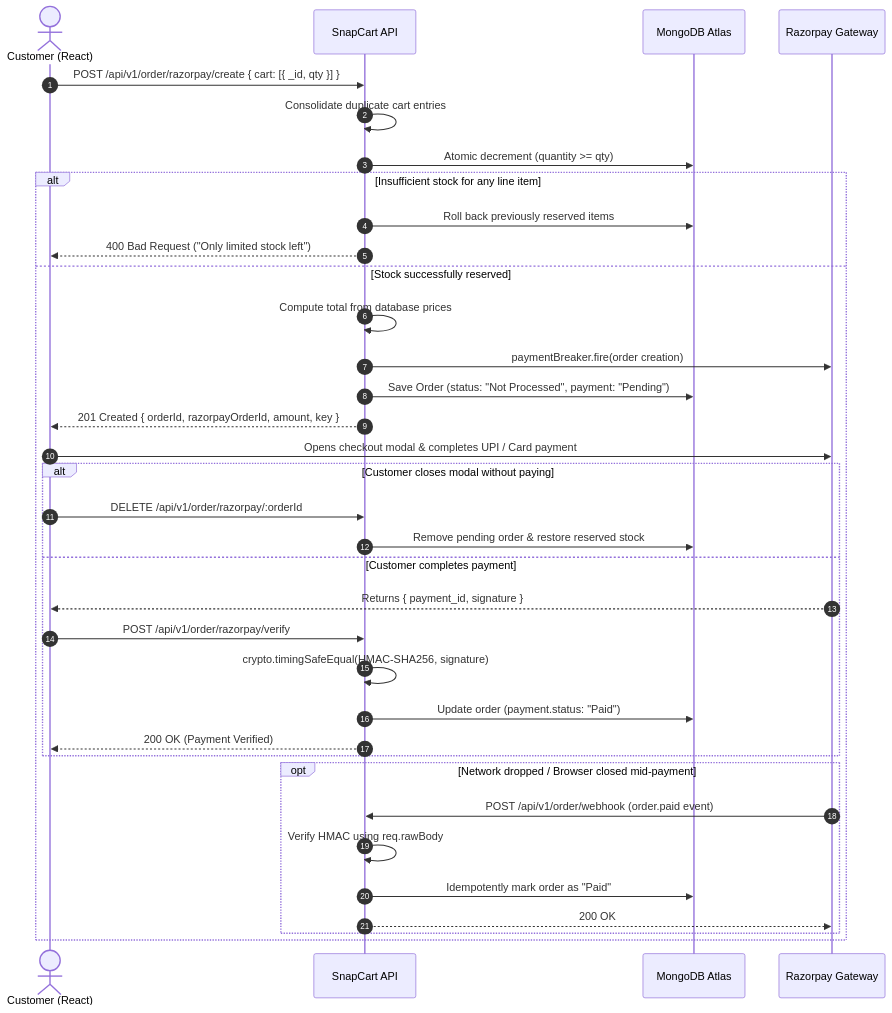
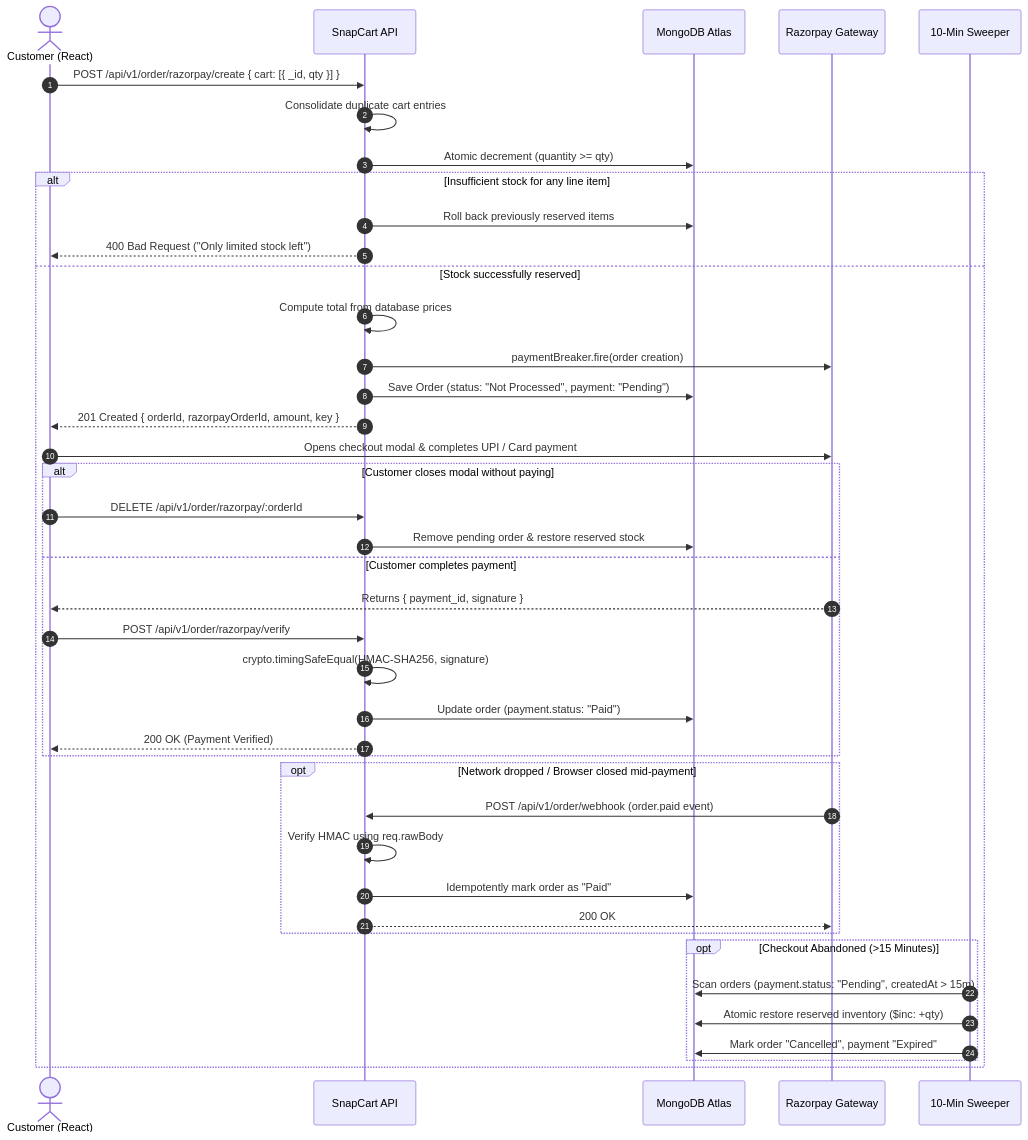
One commit to akshit-max/SnapCart-Ecommerce-APP changed the third of 3 diagrams in README.md. Above: the diagram before and after it, drawn with Mermaid. The commit also changed other lines of this file and 1 other file, not shown here.

Commit message:
docs: optimize README for SDE-1 recruiting with visual proof and truthful architecture

````diff
--- a/README.md
+++ b/README.md
@@ -251,40 +261,47 @@
 ```mermaid
 sequenceDiagram
     autonumber
     actor Customer as Customer (React)
     participant API as SnapCart API
     participant DB as MongoDB Atlas
     participant PGW as Razorpay Gateway
+    participant Sweeper as 10-Min Sweeper
 
     Customer->>API: POST /api/v1/order/razorpay/create { cart: [{ _id, qty }] }
     API->>API: Consolidate duplicate cart entries
     API->>DB: Atomic decrement (quantity >= qty)
     alt Insufficient stock for any line item
         API->>DB: Roll back previously reserved items
         API-->>Customer: 400 Bad Request ("Only limited stock left")
     else Stock successfully reserved
         API->>API: Compute total from database prices
         API->>PGW: paymentBreaker.fire(order creation)
         API->>DB: Save Order (status: "Not Processed", payment: "Pending")
         API-->>Customer: 201 Created { orderId, razorpayOrderId, amount, key }
         Customer->>PGW: Opens checkout modal & completes UPI / Card payment
         
         alt Customer closes modal without paying
             Customer->>API: DELETE /api/v1/order/razorpay/:orderId
             API->>DB: Remove pending order & restore reserved stock
         else Customer completes payment
             PGW-->>Customer: Returns { payment_id, signature }
             Customer->>API: POST /api/v1/order/razorpay/verify
             API->>API: crypto.timingSafeEqual(HMAC-SHA256, signature)
             API->>DB: Update order (payment.status: "Paid")
             API-->>Customer: 200 OK (Payment Verified)
         end
         
         opt Network dropped / Browser closed mid-payment
             PGW->>API: POST /api/v1/order/webhook (order.paid event)
             API->>API: Verify HMAC using req.rawBody
             API->>DB: Idempotently mark order as "Paid"
             API-->>PGW: 200 OK
         end
+
+        opt Checkout Abandoned (>15 Minutes)
+            Sweeper->>DB: Scan orders (payment.status: "Pending", createdAt > 15m)
+            Sweeper->>DB: Atomic restore reserved inventory ($inc: +qty)
+            Sweeper->>DB: Mark order "Cancelled", payment "Expired"
+        end
     end
 ```
````
